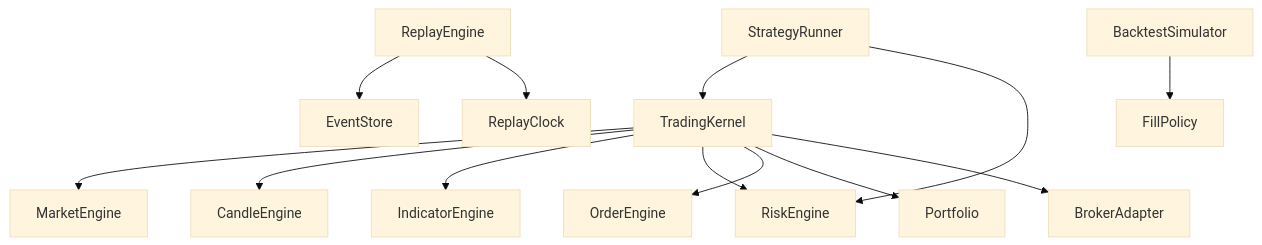
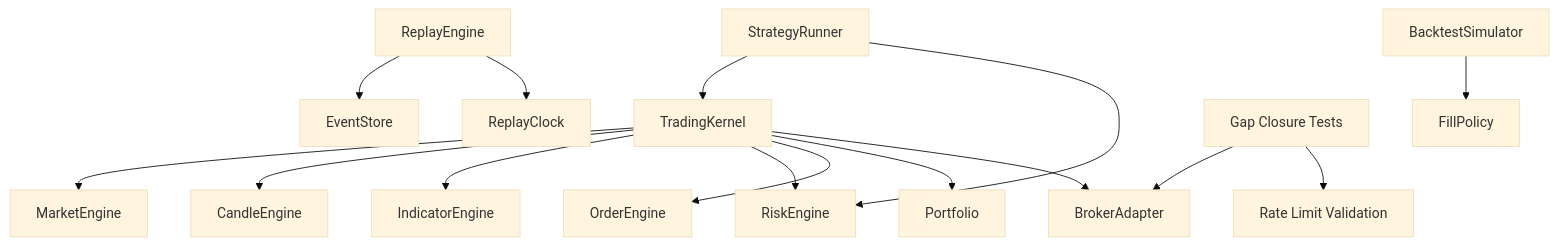
One commit to Ganesh-Kusundal/nTrade changed diagram 15 of 15 in .qoder/repowiki/en/content/Examples & Tutorials/Testing & Integration Examples/Testing & Integration Examples.md. Above: the diagram before and after it, drawn with Mermaid (base theme). The commit also changed other lines of this file and 203 other files, not shown here.

````diff
--- a/.qoder/repowiki/en/content/Examples & Tutorials/Testing & Integration Examples/Testing & Integration Examples.md
+++ b/.qoder/repowiki/en/content/Examples & Tutorials/Testing & Integration Examples/Testing & Integration Examples.md
@@ -423,15 +539,17 @@
 ```mermaid
 graph TB
 Kernel["TradingKernel"] --> MarketEng["MarketEngine"]
 Kernel --> CandleEng["CandleEngine"]
 Kernel --> IndicatorEng["IndicatorEngine"]
 Kernel --> RiskEng["RiskEngine"]
 Kernel --> OrderEng["OrderEngine"]
 Kernel --> Portfolio["Portfolio"]
 Kernel --> Broker["BrokerAdapter"]
 Replay["ReplayEngine"] --> Store["EventStore"]
 Replay --> Clock["ReplayClock"]
 Backtest["BacktestSimulator"] --> Fill["FillPolicy"]
 Runner["StrategyRunner"] --> Kernel
 Runner --> RiskEng
+GapTests["Gap Closure Tests"] --> Broker
+GapTests --> RateLimit["Rate Limit Validation"]
 ```
````
